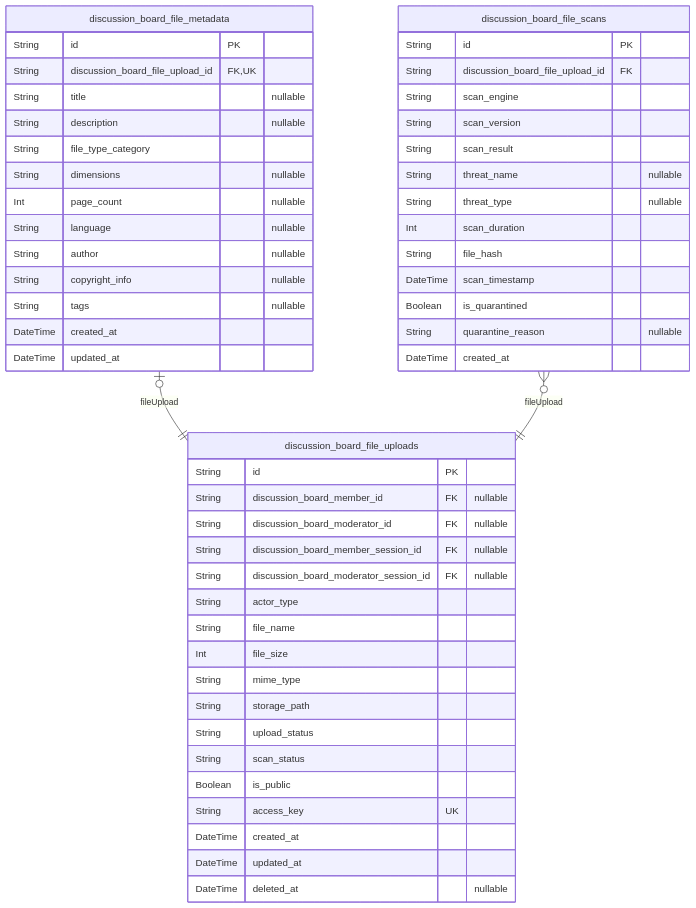
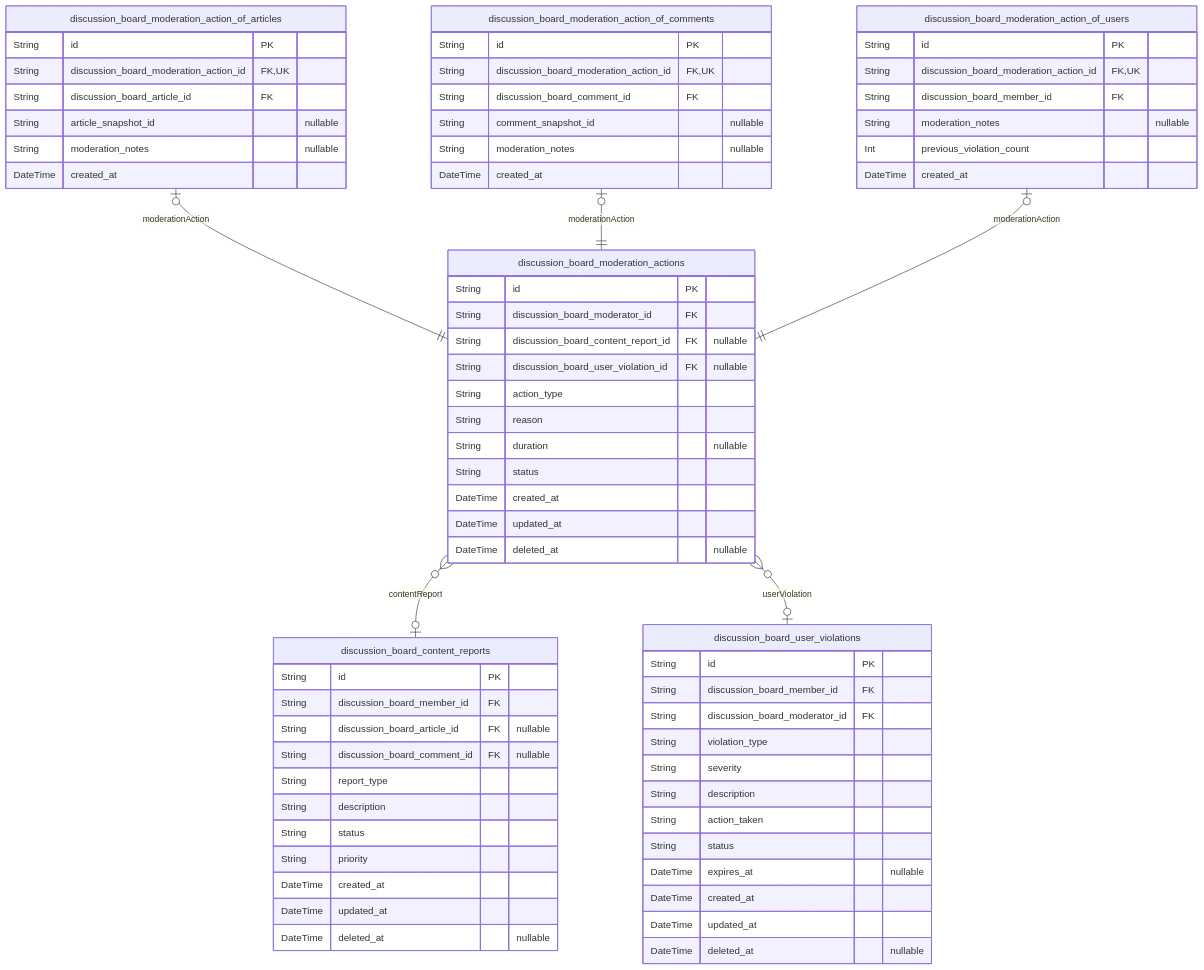
The sixth of 6 diagrams in deepseek/deepseek-v3.1-terminus-exacto/bbs/docs/ERD.md (wrtnlabs/autobe-examples), drawn with Mermaid before and after one commit. The commit also changed other lines of this file and 22498 other files, not shown here.

````diff
--- a/deepseek/deepseek-v3.1-terminus-exacto/bbs/docs/ERD.md
+++ b/deepseek/deepseek-v3.1-terminus-exacto/bbs/docs/ERD.md
@@ -842,54 +981,72 @@
 ```mermaid
 erDiagram
-"discussion_board_file_uploads" {
+"discussion_board_content_reports" {
   String id PK
-  String discussion_board_member_id FK "nullable"
-  String discussion_board_moderator_id FK "nullable"
-  String discussion_board_member_session_id FK "nullable"
-  String discussion_board_moderator_session_id FK "nullable"
-  String actor_type
-  String file_name
-  Int file_size
-  String mime_type
-  String storage_path
-  String upload_status
-  String scan_status
-  Boolean is_public
-  String access_key UK
+  String discussion_board_member_id FK
+  String discussion_board_article_id FK "nullable"
+  String discussion_board_comment_id FK "nullable"
+  String report_type
+  String description
+  String status
+  String priority
   DateTime created_at
   DateTime updated_at
   DateTime deleted_at "nullable"
 }
-"discussion_board_file_metadata" {
+"discussion_board_moderation_actions" {
   String id PK
-  String discussion_board_file_upload_id FK,UK
-  String title "nullable"
-  String description "nullable"
-  String file_type_category
-  String dimensions "nullable"
-  Int page_count "nullable"
-  String language "nullable"
-  String author "nullable"
-  String copyright_info "nullable"
-  String tags "nullable"
+  String discussion_board_moderator_id FK
+  String discussion_board_content_report_id FK "nullable"
+  String discussion_board_user_violation_id FK "nullable"
+  String action_type
+  String reason
+  String duration "nullable"
+  String status
   DateTime created_at
   DateTime updated_at
+  DateTime deleted_at "nullable"
 }
-"discussion_board_file_scans" {
+"discussion_board_user_violations" {
   String id PK
-  String discussion_board_file_upload_id FK
-  String scan_engine
-  String scan_version
-  String scan_result
-  String threat_name "nullable"
-  String threat_type "nullable"
-  Int scan_duration
-  String file_hash
-  DateTime scan_timestamp
-  Boolean is_quarantined
-  String quarantine_reason "nullable"
+  String discussion_board_member_id FK
+  String discussion_board_moderator_id FK
+  String violation_type
+  String severity
+  String description
+  String action_taken
+  String status
+  DateTime expires_at "nullable"
+  DateTime created_at
+  DateTime updated_at
+  DateTime deleted_at "nullable"
+}
+"discussion_board_moderation_action_of_articles" {
+  String id PK
+  String discussion_board_moderation_action_id FK,UK
+  String discussion_board_article_id FK
+  String article_snapshot_id "nullable"
+  String moderation_notes "nullable"
   DateTime created_at
 }
-"discussion_board_file_metadata" |o--|| "discussion_board_file_uploads" : fileUpload
-"discussion_board_file_scans" }o--|| "discussion_board_file_uploads" : fileUpload
+"discussion_board_moderation_action_of_comments" {
+  String id PK
+  String discussion_board_moderation_action_id FK,UK
+  String discussion_board_comment_id FK
+  String comment_snapshot_id "nullable"
+  String moderation_notes "nullable"
+  DateTime created_at
+}
+"discussion_board_moderation_action_of_users" {
+  String id PK
+  String discussion_board_moderation_action_id FK,UK
+  String discussion_board_member_id FK
+  String moderation_notes "nullable"
+  Int previous_violation_count
+  DateTime created_at
+}
+"discussion_board_moderation_actions" }o--o| "discussion_board_content_reports" : contentReport
+"discussion_board_moderation_actions" }o--o| "discussion_board_user_violations" : userViolation
+"discussion_board_moderation_action_of_articles" |o--|| "discussion_board_moderation_actions" : moderationAction
+"discussion_board_moderation_action_of_comments" |o--|| "discussion_board_moderation_actions" : moderationAction
+"discussion_board_moderation_action_of_users" |o--|| "discussion_board_moderation_actions" : moderationAction
 ```
````
